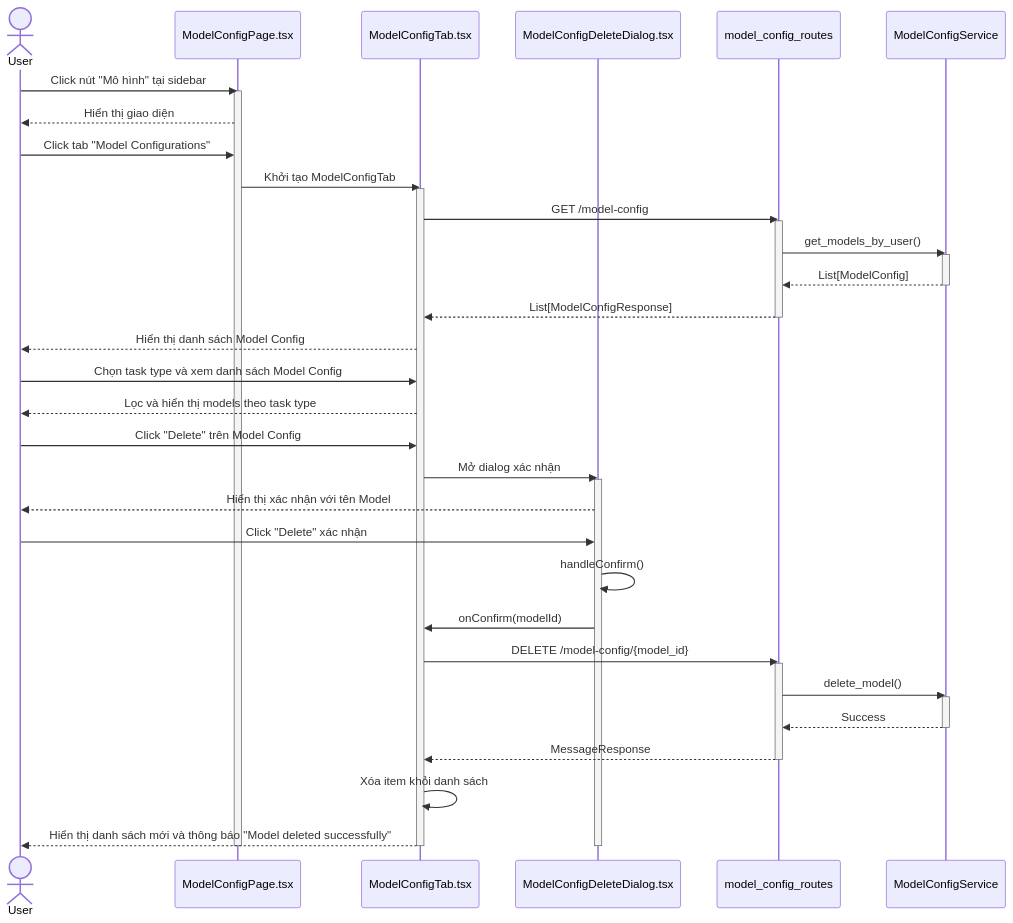
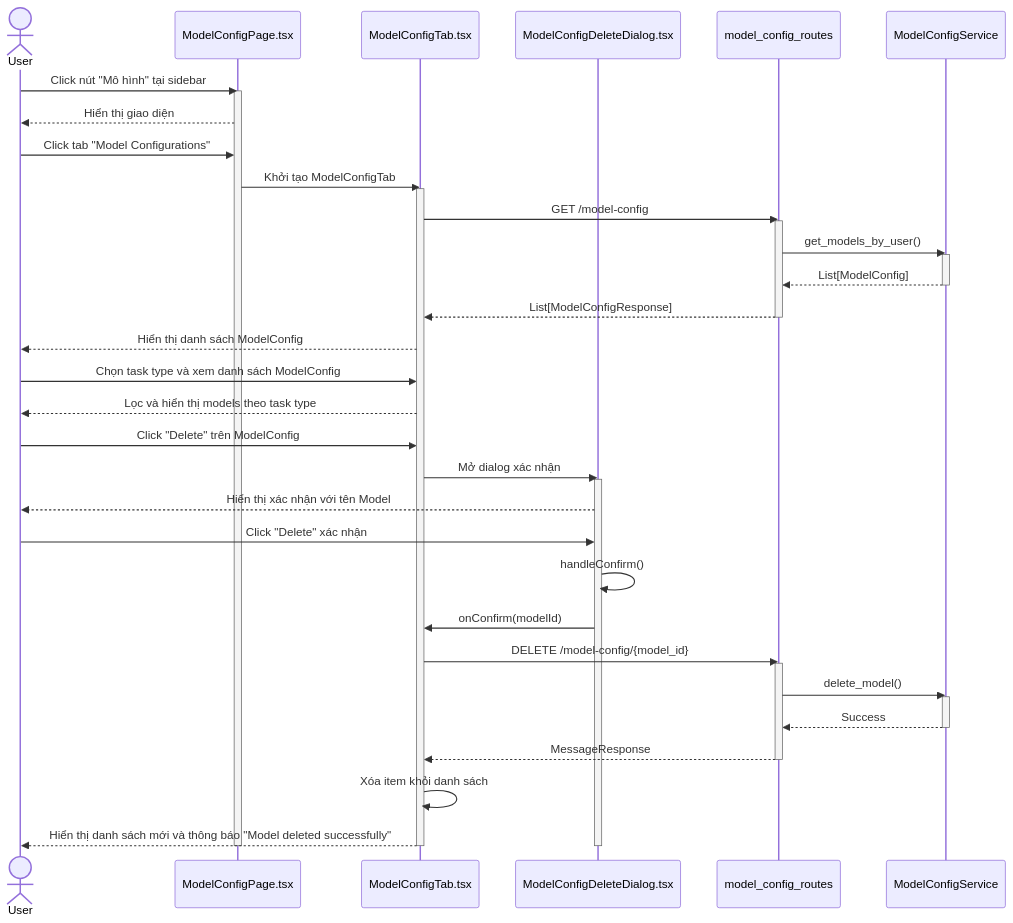
The fourth of 10 diagrams in model_config/4_model_config_seq.md (mduc-2610/gp_doc), drawn with Mermaid before and after one commit. The commit also changed other lines of this file and 45 other files, not shown here.

````diff
--- a/model_config/4_model_config_seq.md
+++ b/model_config/4_model_config_seq.md
@@ -207,56 +207,56 @@
 ```mermaid
 sequenceDiagram
     actor User
     participant ModelConfigPage as ModelConfigPage.tsx
     participant ModelConfigTab as ModelConfigTab.tsx
     participant ModelConfigDeleteDialog as ModelConfigDeleteDialog.tsx
     participant ModelConfigRoutes as model_config_routes
     participant ModelConfigService as ModelConfigService
 
     User->>ModelConfigPage: Click nút "Mô hình" tại sidebar
     activate ModelConfigPage
     ModelConfigPage-->>User: Hiển thị giao diện
     
     User->>ModelConfigPage: Click tab "Model Configurations"
     ModelConfigPage->>ModelConfigTab: Khởi tạo ModelConfigTab
     activate ModelConfigTab
     
     ModelConfigTab->>ModelConfigRoutes: GET /model-config
     activate ModelConfigRoutes
     ModelConfigRoutes->>ModelConfigService: get_models_by_user()
     activate ModelConfigService
     ModelConfigService-->>ModelConfigRoutes: List[ModelConfig]
     deactivate ModelConfigService
     ModelConfigRoutes-->>ModelConfigTab: List[ModelConfigResponse]
     deactivate ModelConfigRoutes
     
-    ModelConfigTab-->>User: Hiển thị danh sách Model Config
+    ModelConfigTab-->>User: Hiển thị danh sách ModelConfig
     
-    User->>ModelConfigTab: Chọn task type và xem danh sách Model Config
+    User->>ModelConfigTab: Chọn task type và xem danh sách ModelConfig
     ModelConfigTab-->>User: Lọc và hiển thị models theo task type
     
-    User->>ModelConfigTab: Click "Delete" trên Model Config
+    User->>ModelConfigTab: Click "Delete" trên ModelConfig
     ModelConfigTab->>ModelConfigDeleteDialog: Mở dialog xác nhận
     activate ModelConfigDeleteDialog
     ModelConfigDeleteDialog-->>User: Hiển thị xác nhận với tên Model
     
     User->>ModelConfigDeleteDialog: Click "Delete" xác nhận
     ModelConfigDeleteDialog->>ModelConfigDeleteDialog: handleConfirm()
     ModelConfigDeleteDialog->>ModelConfigTab: onConfirm(modelId)
     
     ModelConfigTab->>ModelConfigRoutes: DELETE /model-config/{model_id}
     activate ModelConfigRoutes
     ModelConfigRoutes->>ModelConfigService: delete_model()
     activate ModelConfigService
     ModelConfigService-->>ModelConfigRoutes: Success
     deactivate ModelConfigService
     ModelConfigRoutes-->>ModelConfigTab: MessageResponse
     deactivate ModelConfigRoutes
     
     ModelConfigTab->>ModelConfigTab: Xóa item khỏi danh sách
     ModelConfigTab-->>User: Hiển thị danh sách mới và thông báo "Model deleted successfully"
     
     deactivate ModelConfigDeleteDialog
     deactivate ModelConfigTab
     deactivate ModelConfigPage
 ```
````
